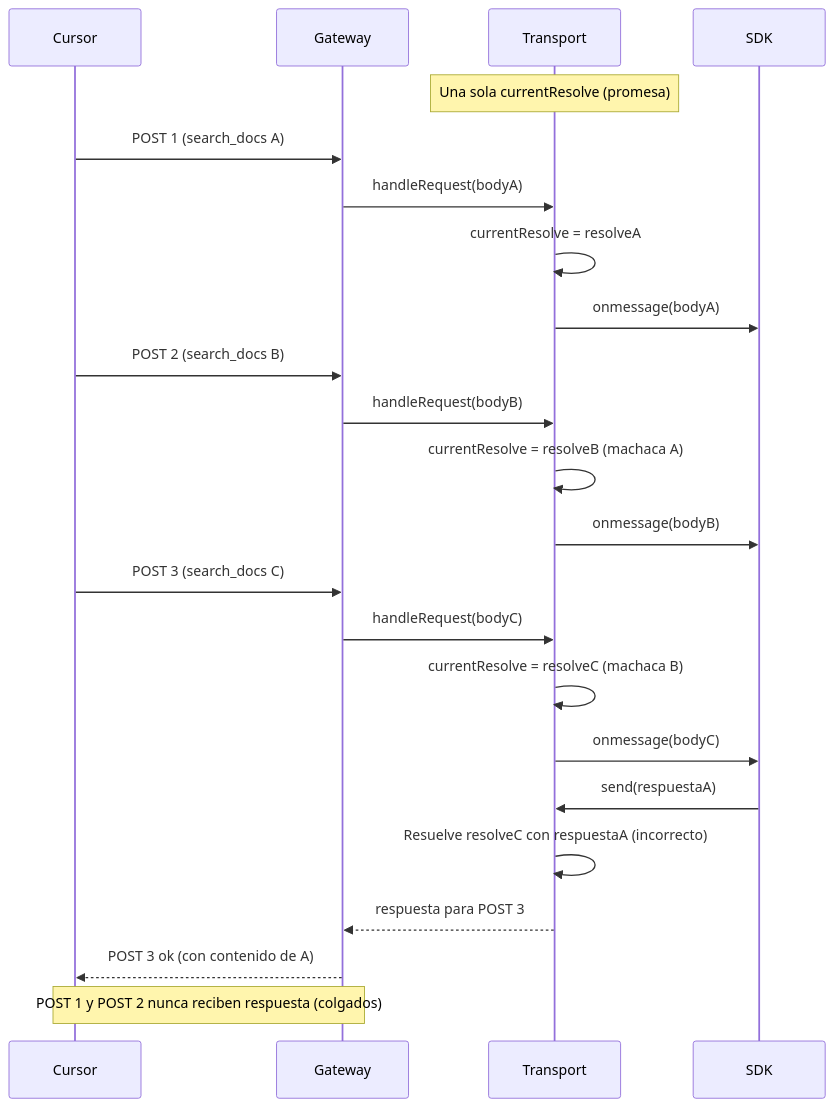
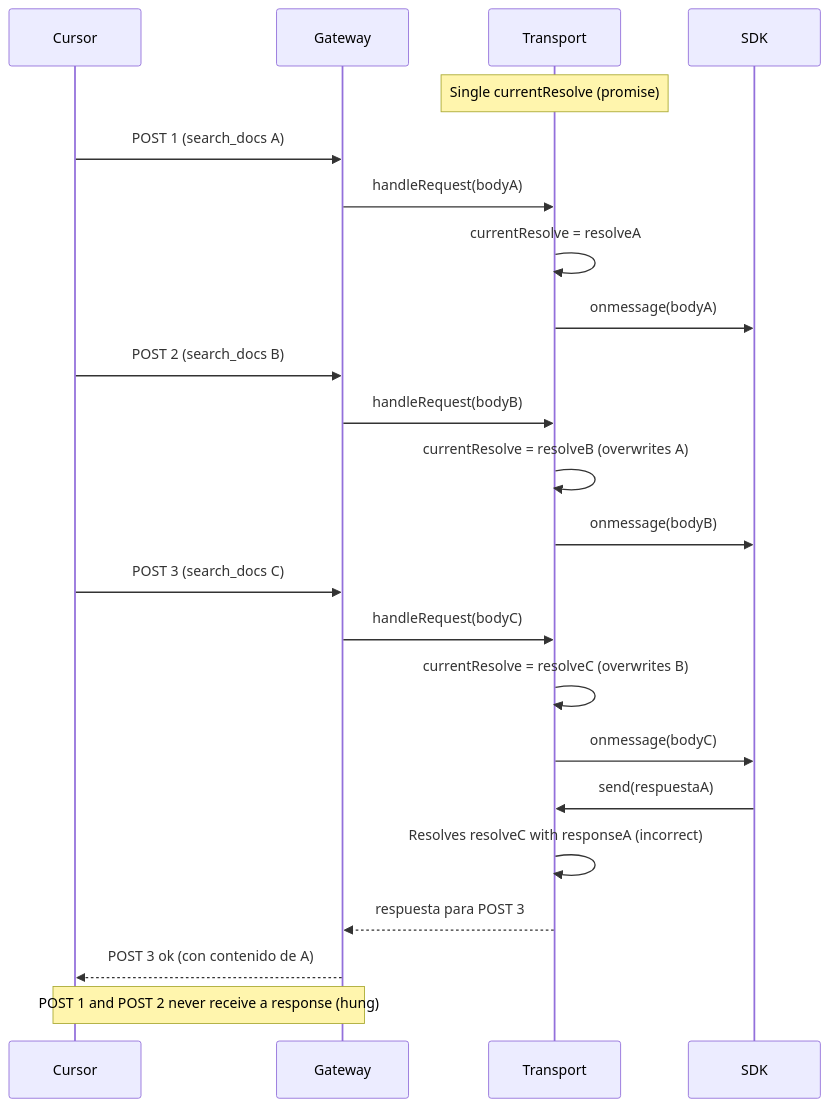
Before and after one commit to gustavosinbandera/MCP-SERVER: the first of 3 diagrams in docs/diagrama-solucion-mcp-search-docs.md, drawn with Mermaid. The commit also changed other lines of this file and 104 other files, not shown here.

````diff
--- a/docs/diagrama-solucion-mcp-search-docs.md
+++ b/docs/diagrama-solucion-mcp-search-docs.md
@@ -7,31 +7,31 @@
 ```mermaid
 sequenceDiagram
   participant Cursor
   participant Gateway
   participant Transport
   participant SDK
 
-  Note over Transport: Una sola currentResolve (promesa)
+  Note over Transport: Single currentResolve (promise)
 
   Cursor->>Gateway: POST 1 (search_docs A)
   Gateway->>Transport: handleRequest(bodyA)
   Transport->>Transport: currentResolve = resolveA
   Transport->>SDK: onmessage(bodyA)
 
   Cursor->>Gateway: POST 2 (search_docs B)
   Gateway->>Transport: handleRequest(bodyB)
-  Transport->>Transport: currentResolve = resolveB (machaca A)
+  Transport->>Transport: currentResolve = resolveB (overwrites A)
   Transport->>SDK: onmessage(bodyB)
 
   Cursor->>Gateway: POST 3 (search_docs C)
   Gateway->>Transport: handleRequest(bodyC)
-  Transport->>Transport: currentResolve = resolveC (machaca B)
+  Transport->>Transport: currentResolve = resolveC (overwrites B)
   Transport->>SDK: onmessage(bodyC)
 
   SDK->>Transport: send(respuestaA)
-  Transport->>Transport: Resuelve resolveC con respuestaA (incorrecto)
+  Transport->>Transport: Resolves resolveC with responseA (incorrect)
   Transport-->>Gateway: respuesta para POST 3
   Gateway-->>Cursor: POST 3 ok (con contenido de A)
 
-  Note over Cursor,Gateway: POST 1 y POST 2 nunca reciben respuesta (colgados)
+  Note over Cursor,Gateway: POST 1 and POST 2 never receive a response (hung)
 ```
````
